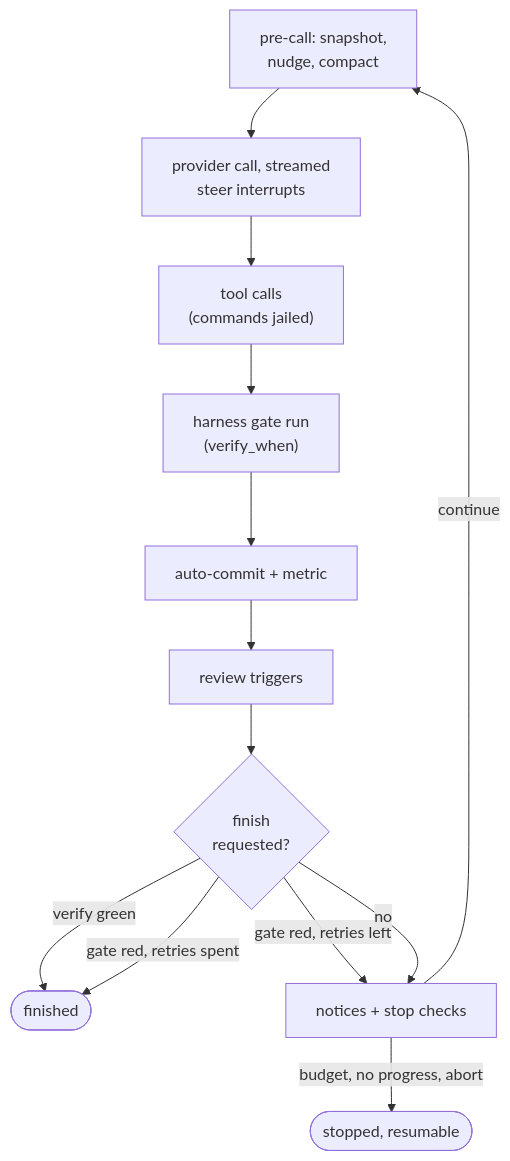
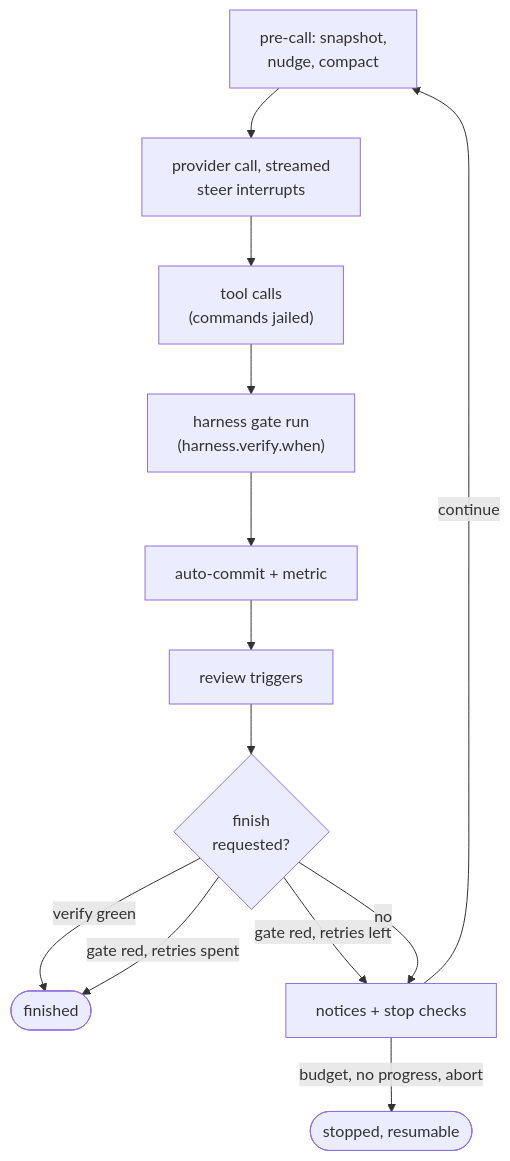
Before and after one commit to agent6-dev/agent6: the fourth of 6 diagrams in docs/architecture.md, drawn with Mermaid. The commit also changed other lines of this file and 131 other files, not shown here.

First line of the commit message:
refactor(config): group the six verify keys in [harness.verify]

````diff
--- a/docs/architecture.md
+++ b/docs/architecture.md
@@ -196,15 +196,15 @@
 ```mermaid
 flowchart TD
     pre["pre-call: snapshot,<br/>nudge, compact"] --> model["provider call, streamed<br/>steer interrupts"]
     model --> tools["tool calls<br/>(commands jailed)"]
-    tools --> hgate["harness gate run<br/>(verify_when)"]
+    tools --> hgate["harness gate run<br/>(harness.verify.when)"]
     hgate --> commit["auto-commit + metric"]
     commit --> review["review triggers"]
     review --> gates{"finish<br/>requested?"}
     gates -->|verify green| done(["finished"])
     gates -->|gate red, retries left| notices["notices + stop checks"]
     gates -->|gate red, retries spent| done
     gates -->|no| notices
     notices -->|budget, no progress, abort| stopped(["stopped, resumable"])
     notices -->|continue| pre
 ```
````
